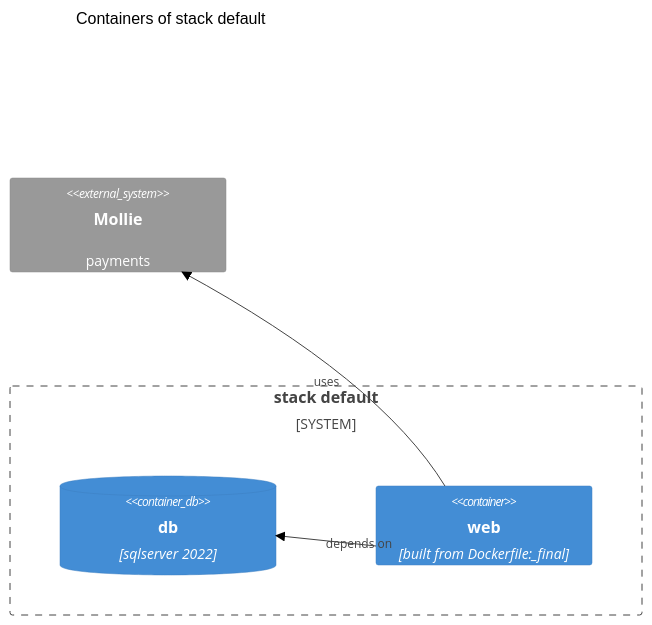
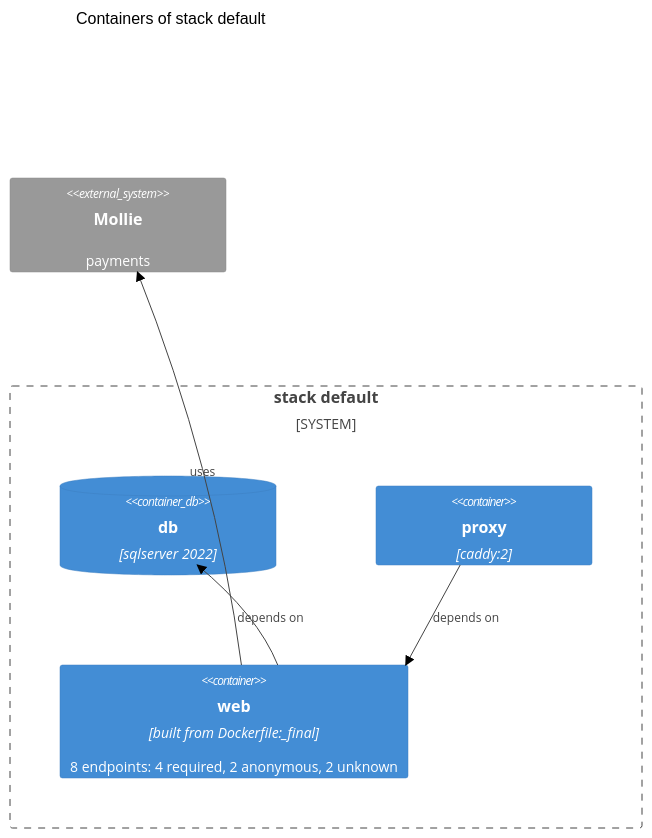
The second of 3 diagrams in cli/testdata/fixture-dotnet.docs.golden.md (cernly/cernly), drawn with Mermaid (forest theme) before and after one commit. The commit also changed other lines of this file and 148 other files, not shown here.

````diff
--- a/cli/testdata/fixture-dotnet.docs.golden.md
+++ b/cli/testdata/fixture-dotnet.docs.golden.md
@@ -41,11 +48,13 @@
 ```mermaid
 C4Container
   title Containers of stack default
   System_Boundary(b_default, "stack default") {
     ContainerDb(c_datastore_compose_default_db, "db", "sqlserver 2022")
-    Container(c_service_compose_default_web, "web", "built from Dockerfile:_final")
+    Container(c_service_compose_default_proxy, "proxy", "caddy:2")
+    Container(c_service_compose_default_web, "web", "built from Dockerfile:_final", "8 endpoints: 4 required, 2 anonymous, 2 unknown")
   }
   System_Ext(p_mollie, "Mollie", "payments")
+  Rel(c_service_compose_default_proxy, c_service_compose_default_web, "depends on")
   Rel(c_service_compose_default_web, c_datastore_compose_default_db, "depends on")
   Rel(c_service_compose_default_web, p_mollie, "uses")
 ```
````
